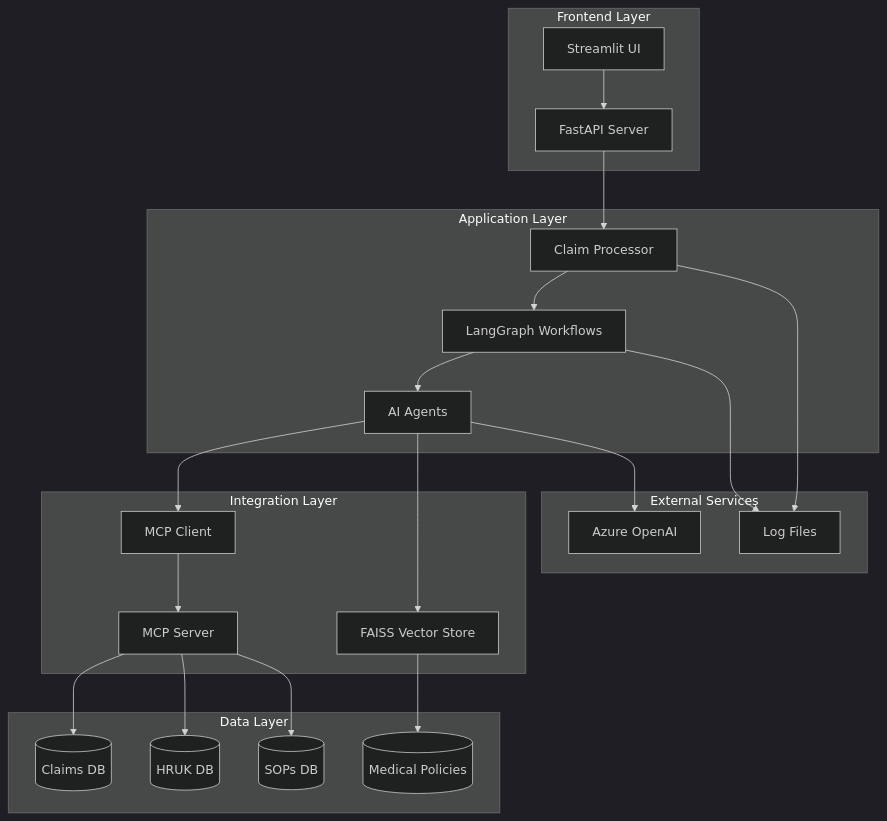
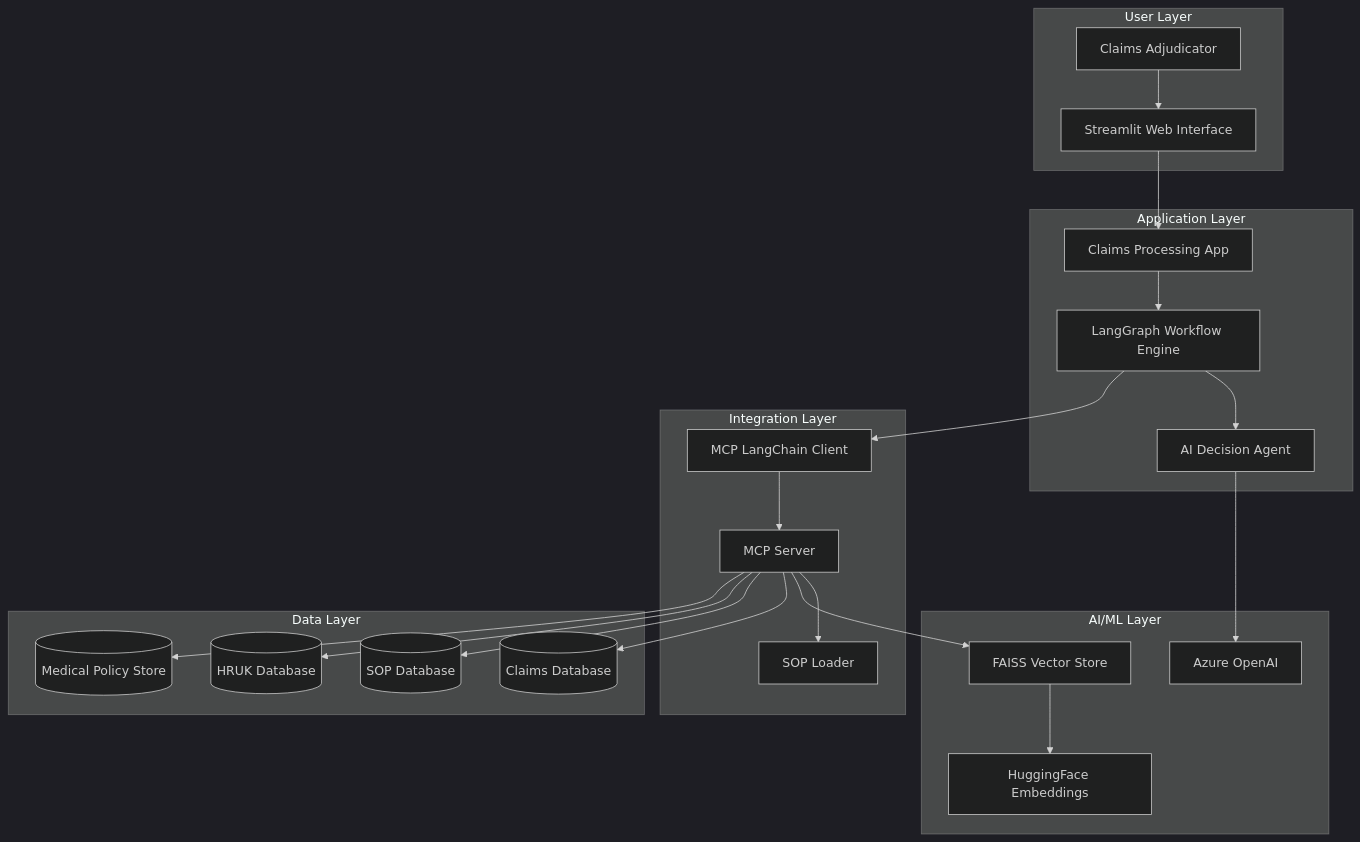
The first of 9 diagrams in README.md (phoenix-4u/Pend_Claims_Agentic_Workflow), drawn with Mermaid (dark theme) before and after one commit. The commit also changed other lines of this file, not shown here.

````diff
--- a/README.md
+++ b/README.md
@@ -28,46 +58,47 @@
 ```mermaid
 graph TB
-    subgraph "Frontend Layer"
-        UI[Streamlit UI]
-        API[FastAPI Server]
+    subgraph "User Layer"
+        UI[Streamlit Web Interface]
+        ADJ[Claims Adjudicator]
     end
     
     subgraph "Application Layer"
-        CP[Claim Processor]
-        WF[LangGraph Workflows]
-        AG[AI Agents]
+        APP[Claims Processing App]
+        WF[LangGraph Workflow Engine]
+        AGENT[AI Decision Agent]
     end
     
     subgraph "Integration Layer"
-        MCP[MCP Client]
-        MCPS[MCP Server]
+        MCP_CLIENT[MCP LangChain Client]
+        MCP_SERVER[MCP Server]
+        SOP_LOADER[SOP Loader]
+    end
+    
+    subgraph "AI/ML Layer"
+        AZURE_AI[Azure OpenAI]
         FAISS[FAISS Vector Store]
+        EMBED[HuggingFace Embeddings]
     end
     
     subgraph "Data Layer"
-        CLAIMS[(Claims DB)]
-        HRUK[(HRUK DB)]
-        SOPS[(SOPs DB)]
-        POLICIES[(Medical Policies)]
+        CLAIMS_DB[(Claims Database)]
+        SOP_DB[(SOP Database)]
+        HRUK_DB[(HRUK Database)]
+        POLICY_DB[(Medical Policy Store)]
     end
     
-    subgraph "External Services"
-        AZURE[Azure OpenAI]
-        LOG[Log Files]
-    end
-    
-    UI --> API
-    API --> CP
-    CP --> WF
-    WF --> AG
-    AG --> MCP
-    MCP --> MCPS
-    MCPS --> CLAIMS
-    MCPS --> HRUK
-    MCPS --> SOPS
-    AG --> FAISS
-    FAISS --> POLICIES
-    AG --> AZURE
-    CP --> LOG
-    WF --> LOG
+    ADJ --> UI
+    UI --> APP
+    APP --> WF
+    WF --> AGENT
+    WF --> MCP_CLIENT
+    MCP_CLIENT --> MCP_SERVER
+    MCP_SERVER --> SOP_LOADER
+    AGENT --> AZURE_AI
+    MCP_SERVER --> FAISS
+    FAISS --> EMBED
+    MCP_SERVER --> CLAIMS_DB
+    MCP_SERVER --> SOP_DB
+    MCP_SERVER --> HRUK_DB
+    MCP_SERVER --> POLICY_DB
 ```
````
